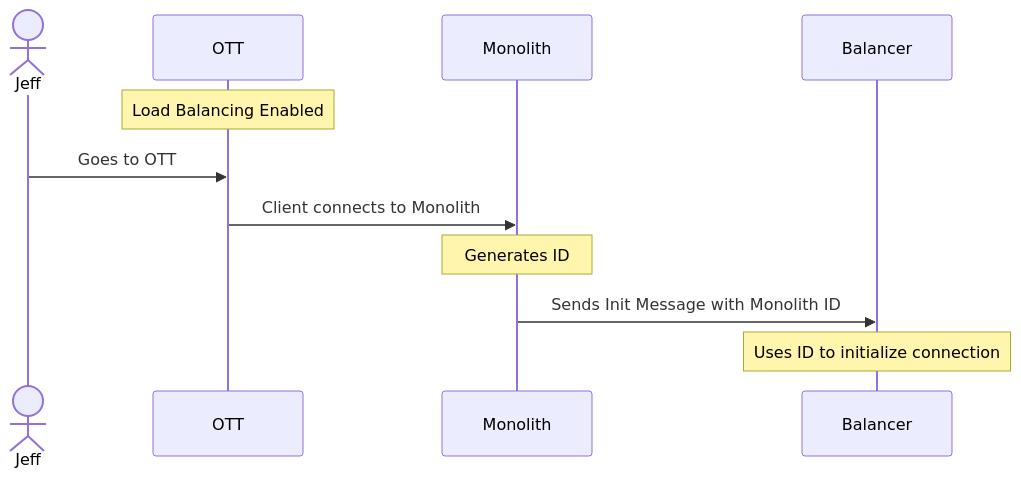
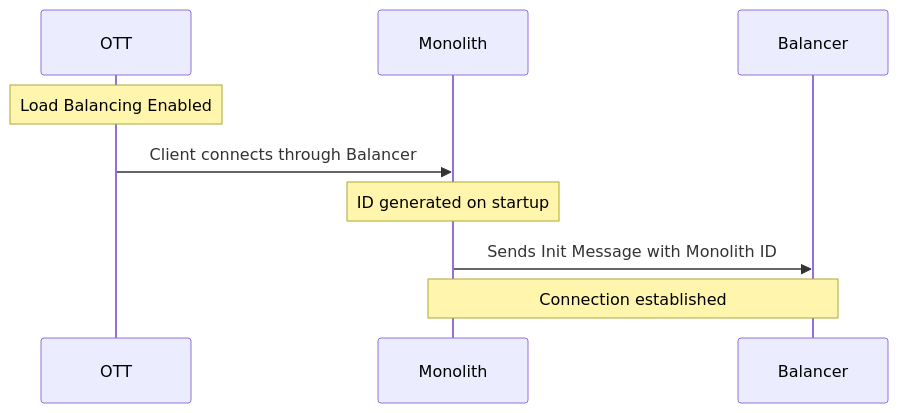
One commit to dyc3/senior-design changed the diagram in figures/monolith-id-sequence.mmd. Above: the diagram before and after it, drawn with Mermaid. The commit also changed 1 other file, not shown here.

```diff
--- a/figures/monolith-id-sequence.mmd
+++ b/figures/monolith-id-sequence.mmd
@@ -1,13 +1,12 @@
 sequenceDiagram
 
-    actor Jeff
     Participant OTT
     participant Monolith
     participant Balancer
 
     Note over OTT: Load Balancing Enabled
-    Jeff->>OTT: Goes to OTT
-    OTT->>Monolith: Client connects to Monolith
-    Note over Monolith: Generates ID
+
+    OTT->>Monolith: Client connects through Balancer
+    Note over Monolith: ID generated on startup
     Monolith->>Balancer: Sends Init Message with Monolith ID
-    Note over Balancer: Uses ID to initialize connection
+    Note over Monolith,Balancer: Connection established
```
